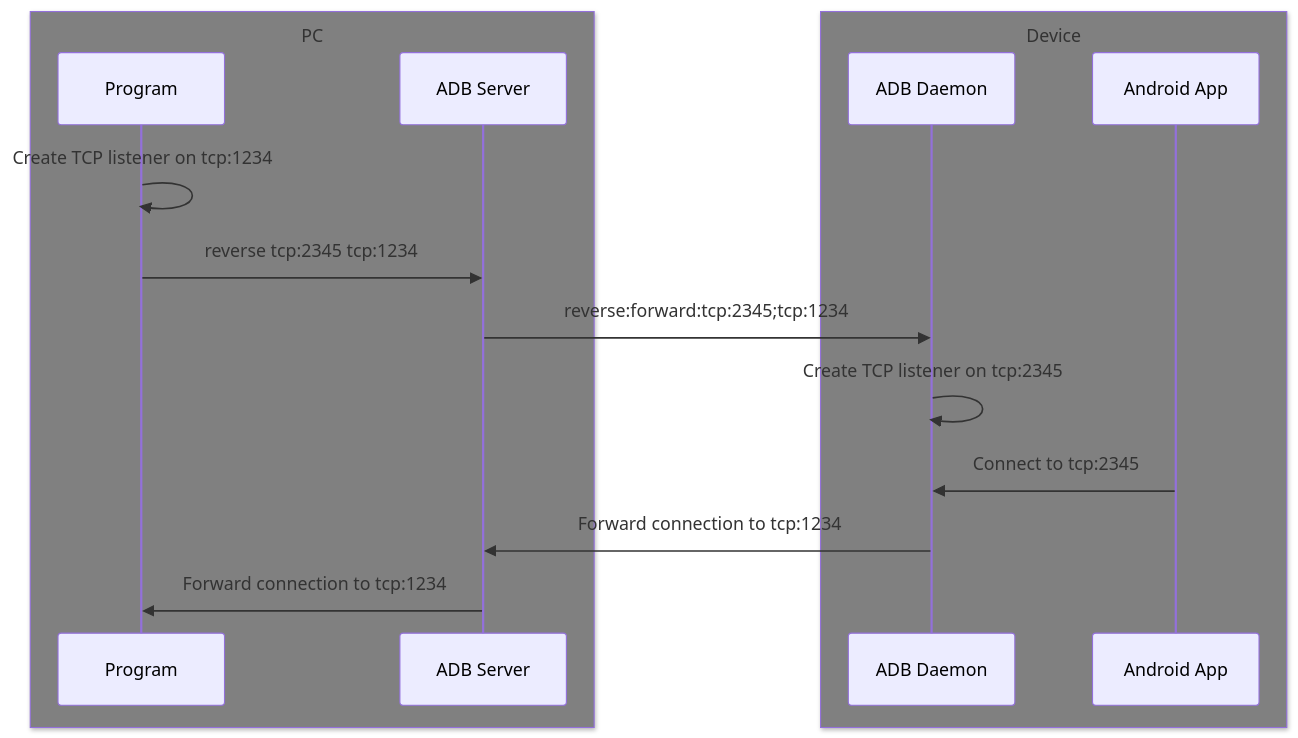
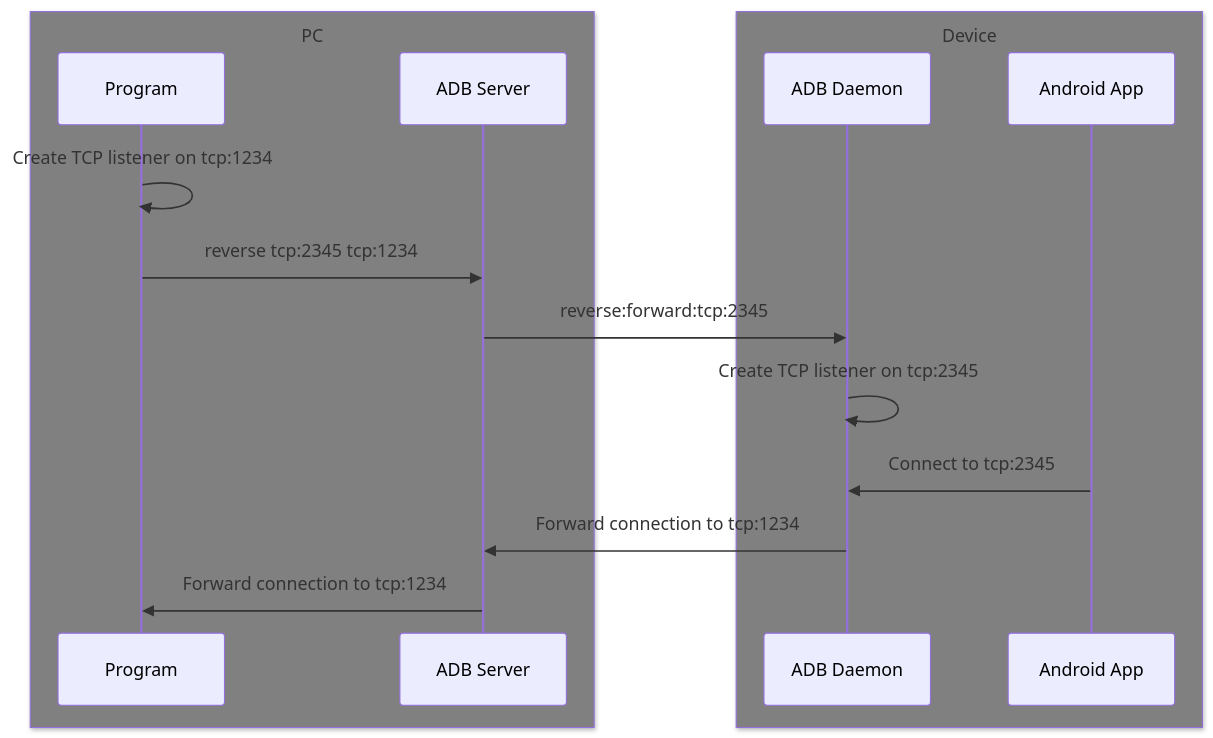
One commit to tango-adb/docs changed the diagram in docs/scrcpy/connect-server.mdx. Above: the diagram before and after it, drawn with Mermaid. The commit also changed other lines of this file and 37 other files, not shown here.

````diff
--- a/docs/scrcpy/connect-server.mdx
+++ b/docs/scrcpy/connect-server.mdx
@@ -69,20 +73,20 @@
 ```mermaid
 sequenceDiagram
   box gray PC
     participant A as Program
     participant B as ADB Server
   end
 
   box gray Device
     participant C as ADB Daemon
     participant E as Android App
   end
 
   A->>A: Create TCP listener on tcp:1234
   A->>B: reverse tcp:2345 tcp:1234
-  B->>C: reverse:forward:tcp:2345#59;tcp:1234
+  B->>C: reverse:forward:tcp:2345#59:tcp:1234
   C->>C: Create TCP listener on tcp:2345
   E->>C: Connect to tcp:2345
   C->>B: Forward connection to tcp:1234
   B->>A: Forward connection to tcp:1234
 ```
````
